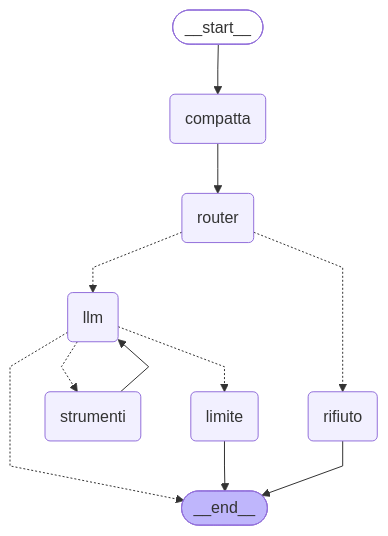
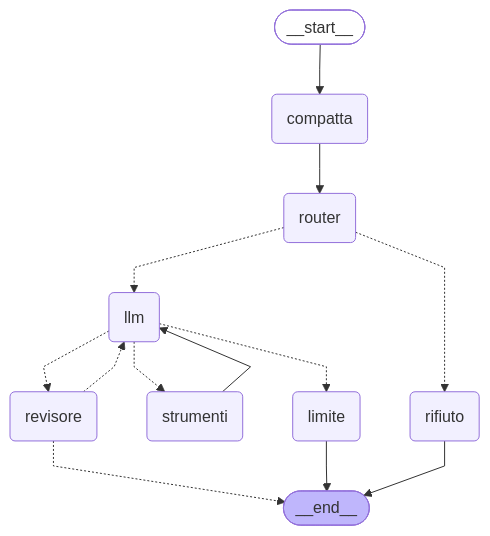
One commit to gabrielefranz25-create/lab-llm changed the diagram in lab_llm/docs/COME_FUNZIONA.md. Above: the diagram before and after it, drawn with Mermaid. The commit also changed other lines of this file and 5 other files, not shown here.

````diff
--- a/lab_llm/docs/COME_FUNZIONA.md
+++ b/lab_llm/docs/COME_FUNZIONA.md
@@ -69,29 +73,32 @@
 ```mermaid
 ---
 config:
   flowchart:
     curve: linear
 ---
 graph TD;
 	__start__([<p>__start__</p>]):::first
 	compatta(compatta)
 	router(router)
 	rifiuto(rifiuto)
 	llm(llm)
 	strumenti(strumenti)
 	limite(limite)
+	revisore(revisore)
 	__end__([<p>__end__</p>]):::last
 	__start__ --> compatta;
 	compatta --> router;
-	llm -.-> __end__;
 	llm -.-> limite;
+	llm -.-> revisore;
 	llm -.-> strumenti;
+	revisore -.-> __end__;
+	revisore -.-> llm;
 	router -.-> llm;
 	router -.-> rifiuto;
 	strumenti --> llm;
 	limite --> __end__;
 	rifiuto --> __end__;
 	classDef default fill:#f2f0ff,line-height:1.2
 	classDef first fill-opacity:0
 	classDef last fill:#bfb6fc
 ```
````
